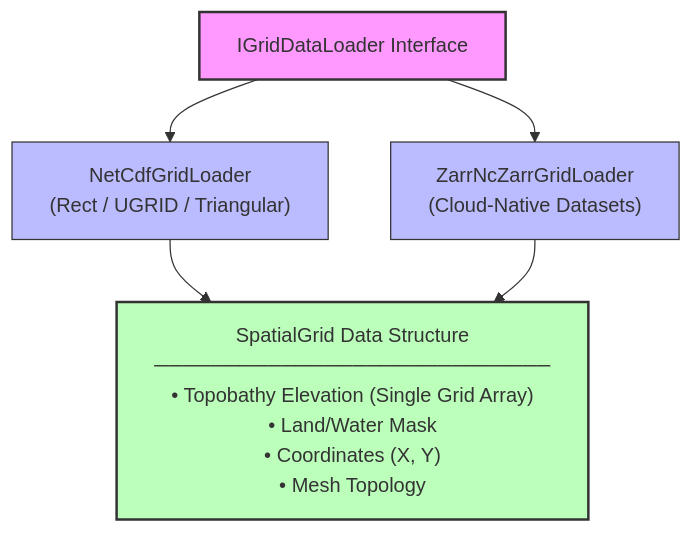
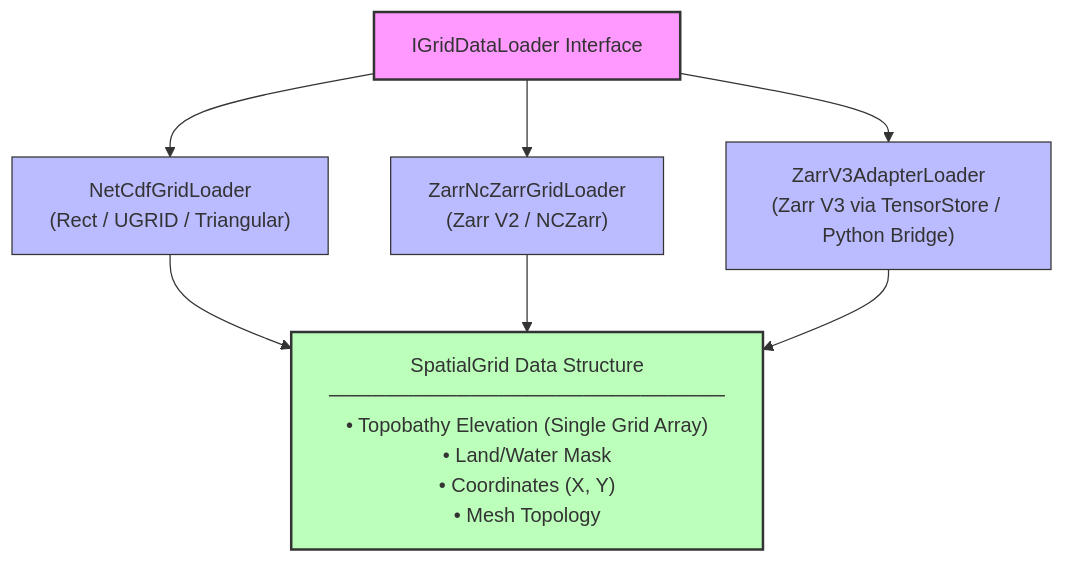
Before and after one commit to HendrikTolman-NOAA/WW4_HLT: the second of 2 diagrams in ASSESSMENT.md, drawn with Mermaid. The commit also changed other lines of this file, not shown here.

First line of the commit message:
docs: update assessment for Zarr V3 C library compatibility

````diff
--- a/ASSESSMENT.md
+++ b/ASSESSMENT.md
@@ -65,19 +69,22 @@
 ```mermaid
 graph TD
     classDef interfaceStyle fill:#f9f,stroke:#333,stroke-width:2px;
     classDef loaderStyle fill:#bbf,stroke:#333,stroke-width:1px;
     classDef dataStyle fill:#bfb,stroke:#333,stroke-width:2px;
 
     IGridDataLoader["IGridDataLoader Interface"]:::interfaceStyle
 
     NetCdfGridLoader["NetCdfGridLoader<br/>(Rect / UGRID / Triangular)"]:::loaderStyle
-    ZarrNcZarrGridLoader["ZarrNcZarrGridLoader<br/>(Cloud-Native Datasets)"]:::loaderStyle
+    ZarrNcZarrGridLoader["ZarrNcZarrGridLoader<br/>(Zarr V2 / NCZarr)"]:::loaderStyle
+    ZarrV3AdapterLoader["ZarrV3AdapterLoader<br/>(Zarr V3 via TensorStore / Python Bridge)"]:::loaderStyle
 
     IGridDataLoader --> NetCdfGridLoader
     IGridDataLoader --> ZarrNcZarrGridLoader
+    IGridDataLoader --> ZarrV3AdapterLoader
 
     SpatialGrid["SpatialGrid Data Structure<br/>────────────────────────────<br/>• Topobathy Elevation (Single Grid Array)<br/>• Land/Water Mask<br/>• Coordinates (X, Y)<br/>• Mesh Topology"]:::dataStyle
 
     NetCdfGridLoader --> SpatialGrid
     ZarrNcZarrGridLoader --> SpatialGrid
+    ZarrV3AdapterLoader --> SpatialGrid
 ```
````
